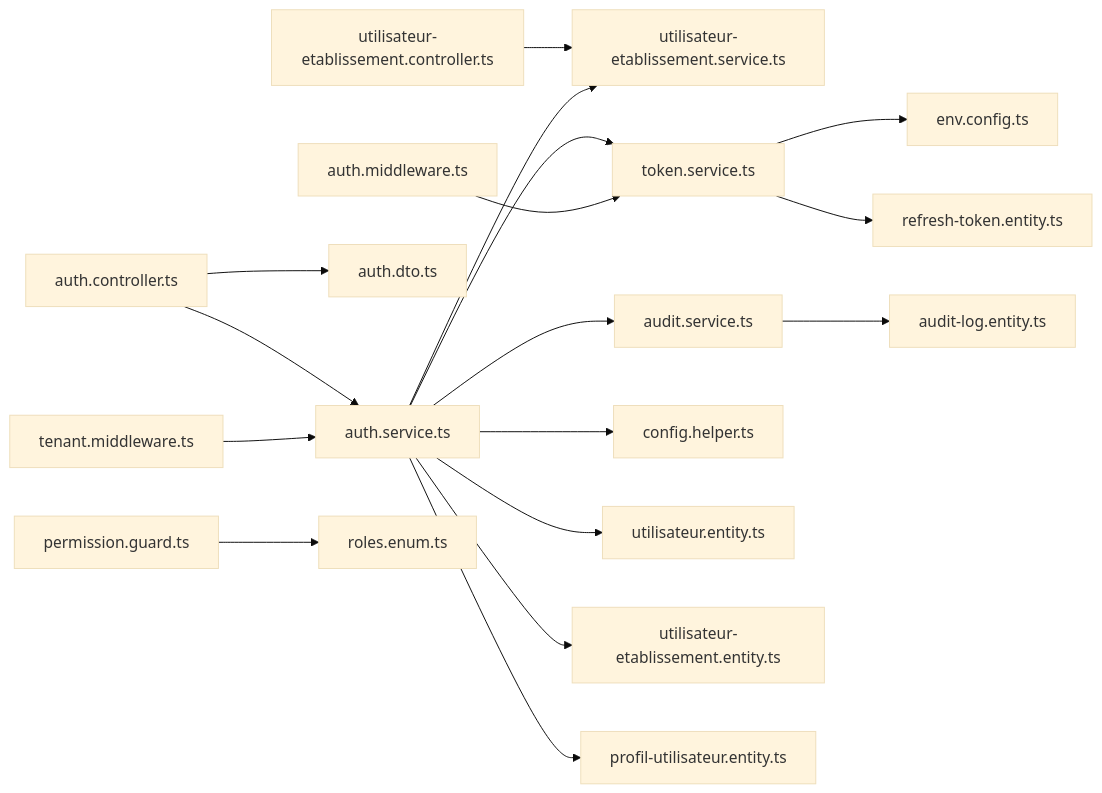
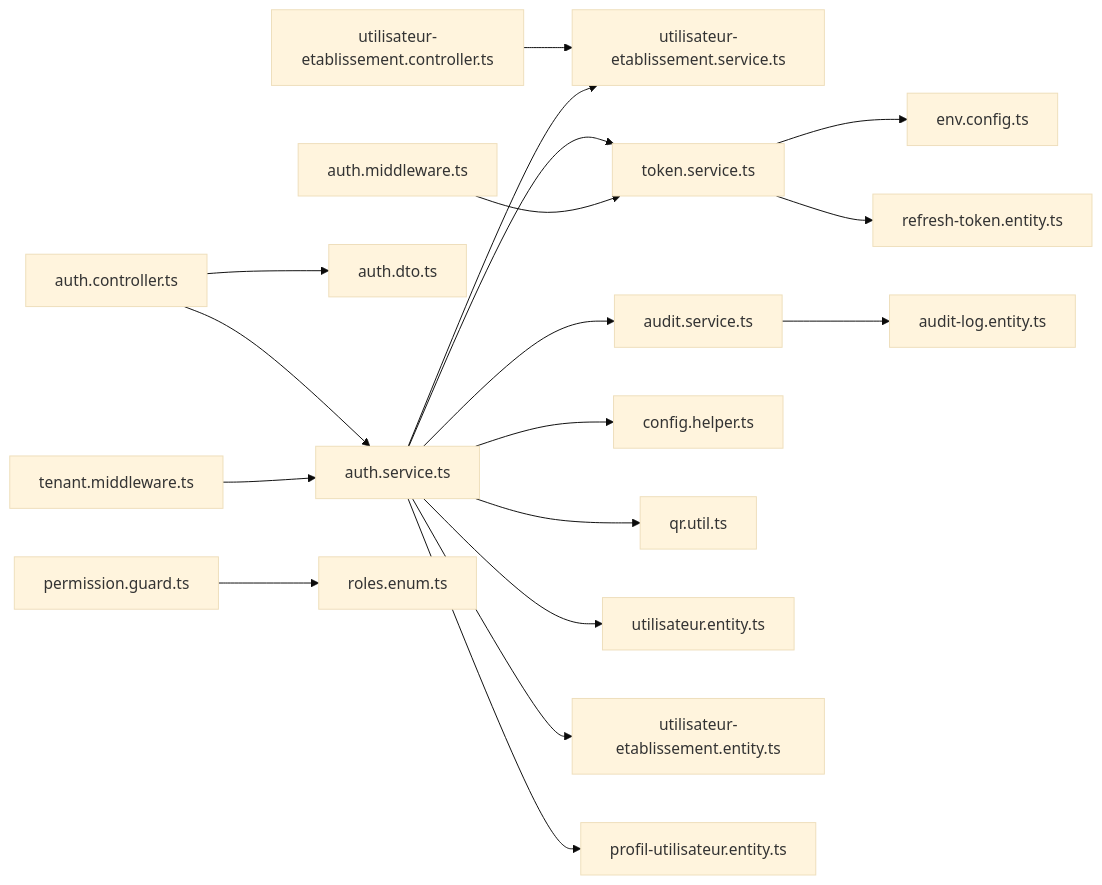
Before and after one commit to franckylab/eLISAschool: diagram 11 of 11 in .qoder/repowiki/en/content/Authentication & Authorization/Authentication Flow.md, drawn with Mermaid (base theme). The commit also changed other lines of this file and 151 other files, not shown here.

````diff
--- a/.qoder/repowiki/en/content/Authentication & Authorization/Authentication Flow.md
+++ b/.qoder/repowiki/en/content/Authentication & Authorization/Authentication Flow.md
@@ -521,19 +814,20 @@
 ```mermaid
 graph LR
 AC["auth.controller.ts"] --> AS["auth.service.ts"]
 UEC["utilisateur-etablissement.controller.ts"] --> UES["utilisateur-etablissement.service.ts"]
 AC --> DTO["auth.dto.ts"]
 AS --> TS["token.service.ts"]
 AS --> AUD["audit.service.ts"]
 AS --> CFG["config.helper.ts"]
 AS --> UES
+AS --> QRU["qr.util.ts"]
 TS --> ENV["env.config.ts"]
 TS --> RTE["refresh-token.entity.ts"]
 AS --> UE["utilisateur.entity.ts"]
 AS --> UTE["utilisateur-etablissement.entity.ts"]
 AS --> PE["profil-utilisateur.entity.ts"]
 AMW["auth.middleware.ts"] --> TS
 TMW["tenant.middleware.ts"] --> AS
 PG["permission.guard.ts"] --> ROLES["roles.enum.ts"]
 AUD --> ALE["audit-log.entity.ts"]
 ```
````
